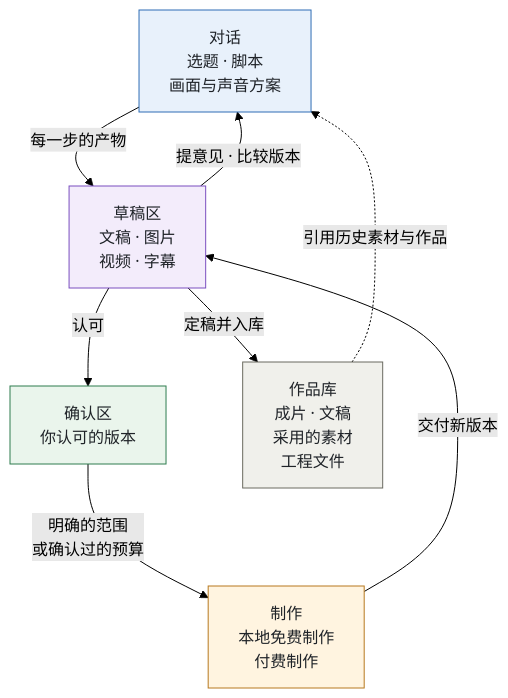
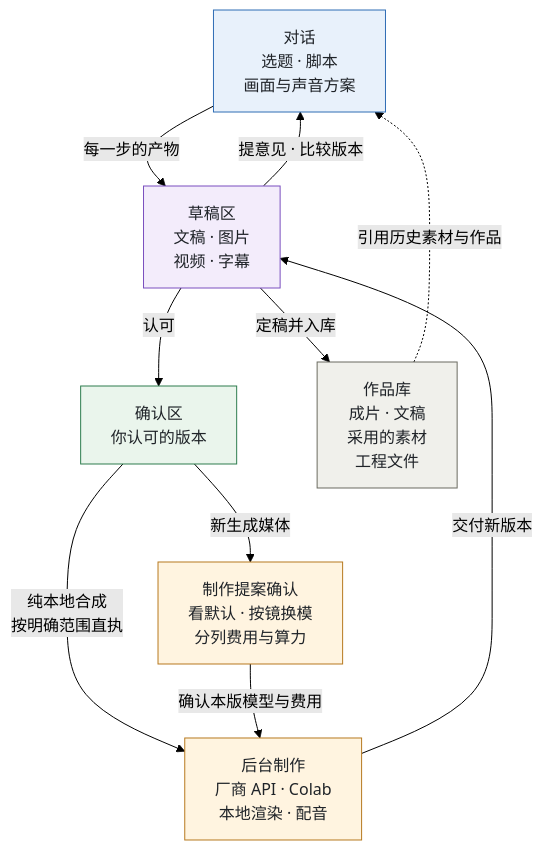
The first of 11 diagrams in README.md (yaoziyaoguai/video-factory), drawn with Mermaid (forest theme) before and after one commit. The commit also changed other lines of this file and 6 other files, not shown here.

Commit message:
docs(readme): refresh hero cover, model pool screenshots, and architecture diagrams [skip ci]

````diff
--- a/README.md
+++ b/README.md
@@ -25,27 +25,30 @@
 ```mermaid
 flowchart TB
   CHAT["对话<br/>选题 · 脚本<br/>画面与声音方案"]
   DRAFT["草稿区<br/>文稿 · 图片<br/>视频 · 字幕"]
   CONFIRMED["确认区<br/>你认可的版本"]
-  MAKE["制作<br/>本地免费制作<br/>付费制作"]
+  CONFIRM_MODEL["制作提案确认<br/>看默认 · 按镜换模<br/>分列费用与算力"]
+  MAKE["后台制作<br/>厂商 API · Colab<br/>本地渲染 · 配音"]
   LIBRARY["作品库<br/>成片 · 文稿<br/>采用的素材<br/>工程文件"]
 
   CHAT -->|"每一步的产物"| DRAFT
   DRAFT -->|"提意见 · 比较版本"| CHAT
   DRAFT -->|"认可"| CONFIRMED
-  CONFIRMED -->|"明确的范围<br/>或确认过的预算"| MAKE
+  CONFIRMED -->|"纯本地合成<br/>按明确范围直执"| MAKE
+  CONFIRMED -->|"新生成媒体"| CONFIRM_MODEL
+  CONFIRM_MODEL -->|"确认本版模型与费用"| MAKE
   MAKE -->|"交付新版本"| DRAFT
   DRAFT -->|"定稿并入库"| LIBRARY
   LIBRARY -.->|"引用历史素材与作品"| CHAT
 
   classDef cChat fill:#E8F1FB,stroke:#2F6DB5,color:#1F2328
   classDef cWork fill:#F3ECFB,stroke:#7A4FBF,color:#1F2328
   classDef cKeep fill:#EAF5EC,stroke:#2E7D4F,color:#1F2328
   classDef cMake fill:#FFF4E0,stroke:#B7791F,color:#1F2328
   classDef cStore fill:#F0F0EB,stroke:#6B6B60,color:#1F2328
   class CHAT cChat
   class DRAFT cWork
   class CONFIRMED cKeep
-  class MAKE cMake
+  class CONFIRM_MODEL,MAKE cMake
   class LIBRARY cStore
 ```
````
